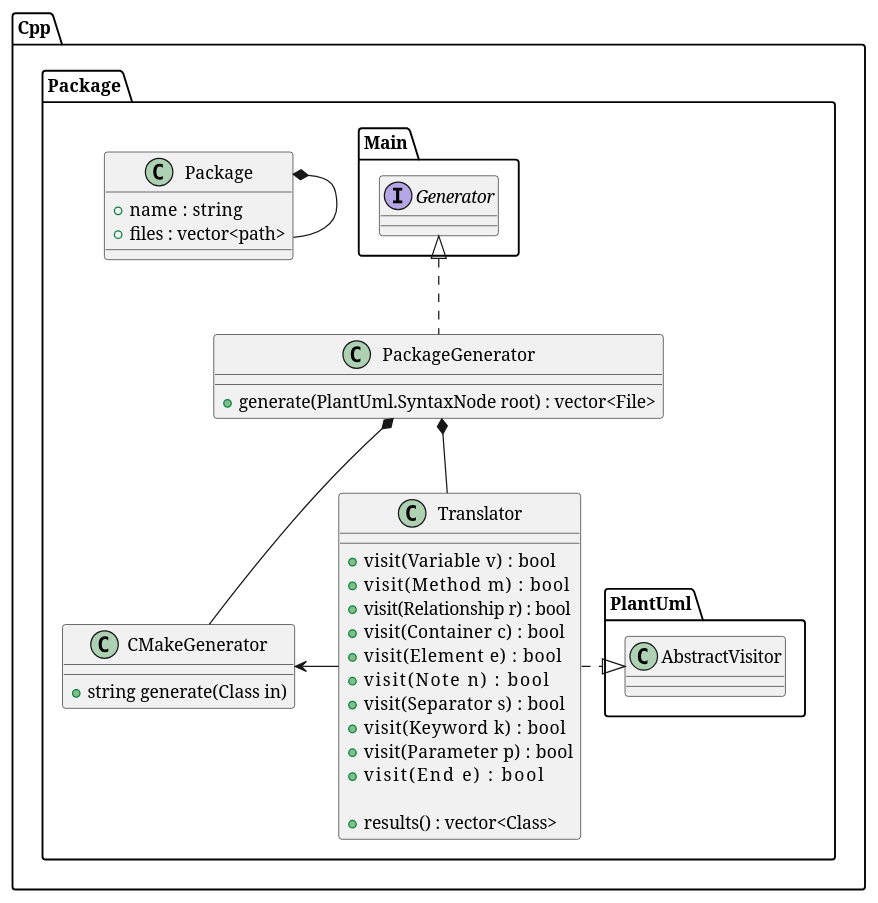
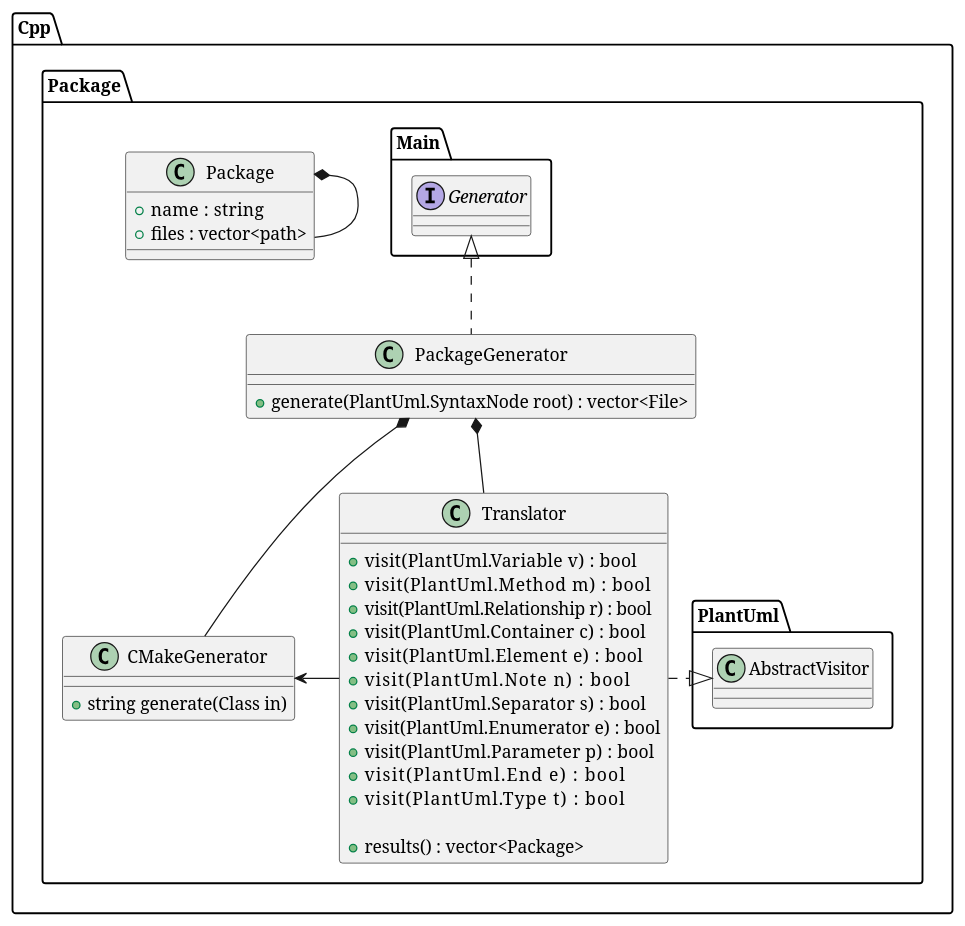
The diagram in models/Package.puml (jteuber/PlantUML2Cpp), drawn with PlantUML before and after one commit. The commit also changed 4 other files, not shown here.

```diff
--- a/models/Package.puml
+++ b/models/Package.puml
@@ -1,43 +1,44 @@
 @startuml Package
 
 namespace Cpp {
     namespace Package {
         ' *************** ALGORITHMS ***************
         class CMakeGenerator {
             +string generate(Class in)
         }
 
         class Translator
         {
-            +visit(Variable v)     : bool
-            +visit(Method m)       : bool
-            +visit(Relationship r) : bool
-            +visit(Container c)    : bool
-            +visit(Element e)      : bool
-            +visit(Note n)         : bool
-            +visit(Separator s)    : bool
-            +visit(Keyword k)      : bool
-            +visit(Parameter p)    : bool
-            +visit(End e)          : bool
+            +visit(PlantUml.Variable v)     : bool
+            +visit(PlantUml.Method m)       : bool
+            +visit(PlantUml.Relationship r) : bool
+            +visit(PlantUml.Container c)    : bool
+            +visit(PlantUml.Element e)      : bool
+            +visit(PlantUml.Note n)         : bool
+            +visit(PlantUml.Separator s)    : bool
+            +visit(PlantUml.Enumerator e)   : bool
+            +visit(PlantUml.Parameter p)    : bool
+            +visit(PlantUml.End e)          : bool
+            +visit(PlantUml.Type t)         : bool
 
-            +results() : vector<Class>
+            +results() : vector<Package>
         }
         Translator .|> PlantUml.AbstractVisitor
         Translator -left-> CMakeGenerator
 
 
         class PackageGenerator implements Main.Generator {
             +generate(PlantUml.SyntaxNode root) : vector<File>
         }
         PackageGenerator *-- Translator
         PackageGenerator *-- CMakeGenerator
 
         class Package
         {
             +name  : string
             +files : vector<path>
         }
         Package *-- Package
     }
 }
 @enduml
```
